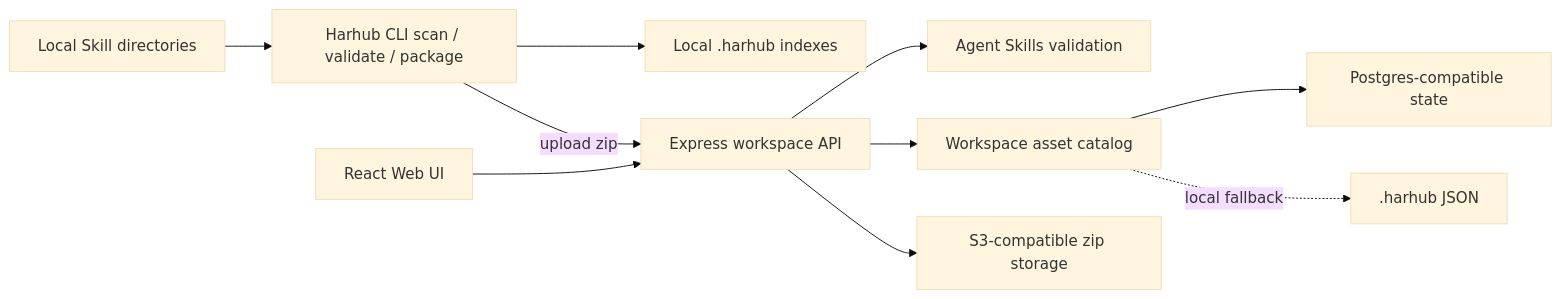
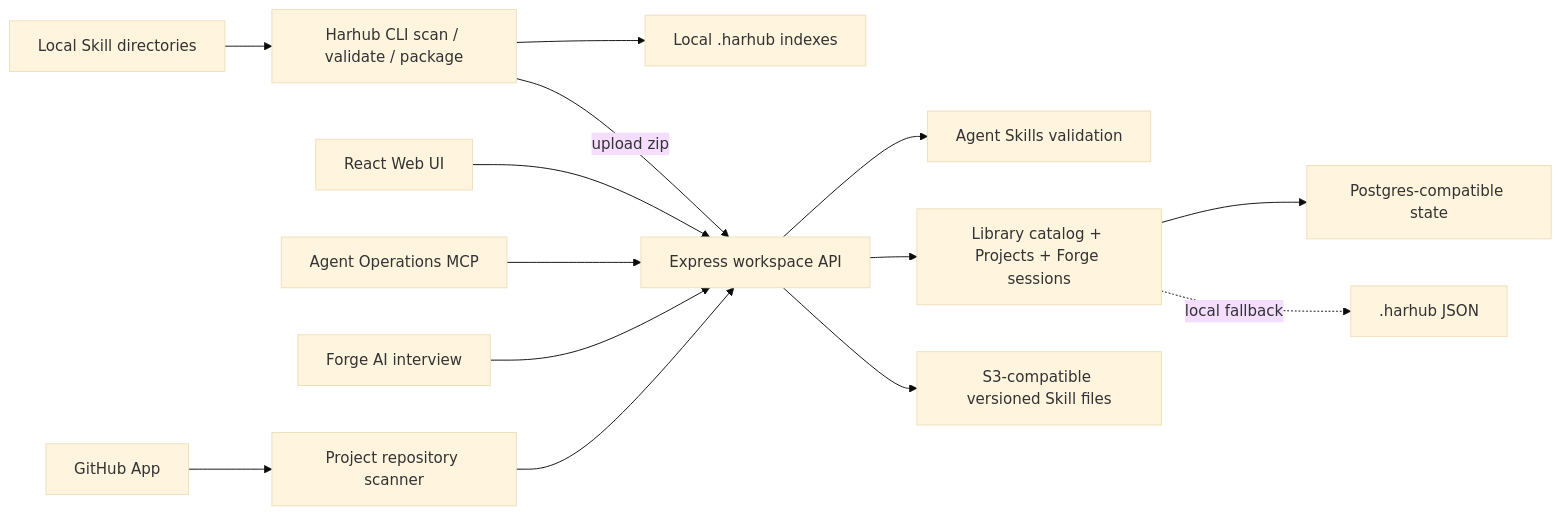
The first of 2 diagrams in docs/05-architecture.md (RockChinQ/harhub), drawn with Mermaid (base theme) before and after one commit. The commit also changed other lines of this file and 18 other files, not shown here.

````diff
--- a/docs/05-architecture.md
+++ b/docs/05-architecture.md
@@ -17,12 +21,16 @@
 ```mermaid
 flowchart LR
   Local["Local Skill directories"] --> CLI["Harhub CLI scan / validate / package"]
   CLI --> LocalIndex["Local .harhub indexes"]
   CLI -- "upload zip" --> API["Express workspace API"]
   Web["React Web UI"] --> API
+  MCP["Agent Operations MCP"] --> API
+  Forge["Forge AI interview"] --> API
+  GitHub["GitHub App"] --> Scanner["Project repository scanner"]
+  Scanner --> API
   API --> Validate["Agent Skills validation"]
-  API --> Catalog["Workspace asset catalog"]
-  API --> S3["S3-compatible zip storage"]
+  API --> Catalog["Library catalog + Projects + Forge sessions"]
+  API --> S3["S3-compatible versioned Skill files"]
   Catalog --> Postgres["Postgres-compatible state"]
   Catalog -. "local fallback" .-> JSON[".harhub JSON"]
 ```
````
